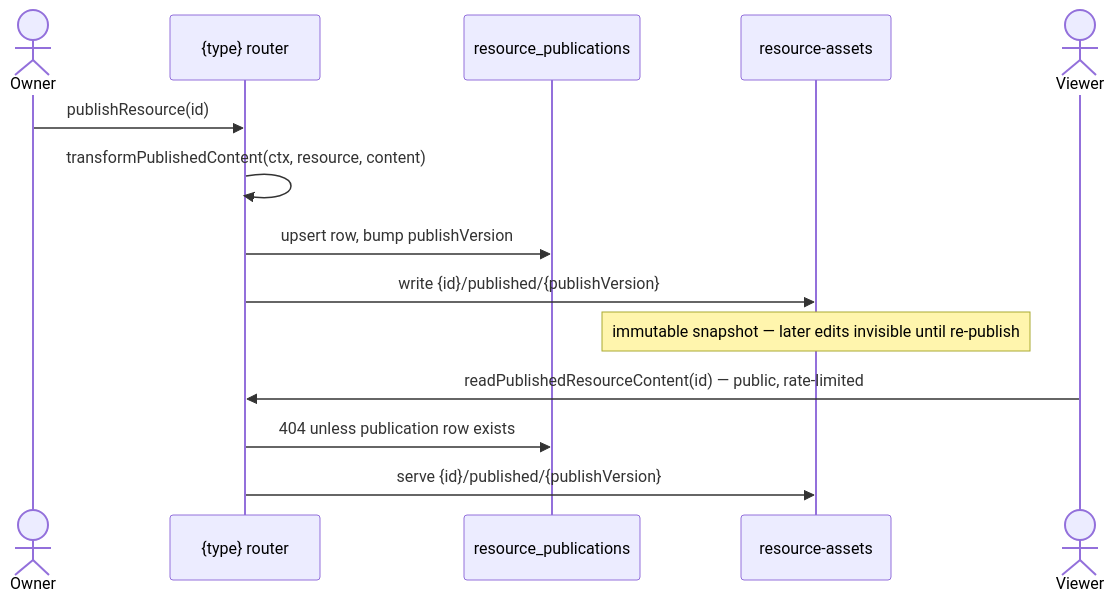
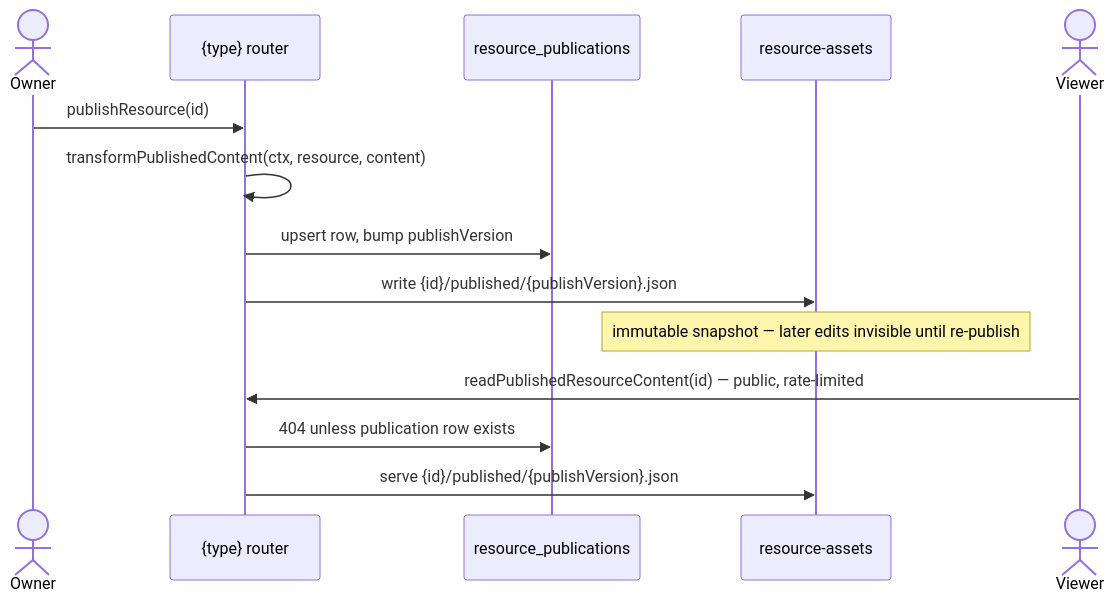
One commit to Esposter/Esposter changed the diagram in packages/app/content/docs/architecture/publishing.md. Above: the diagram before and after it, drawn with Mermaid. The commit also changed other lines of this file and 6 other files, not shown here.

First line of the commit message:
docs(architecture): correct claims that no longer match the code

````diff
--- a/packages/app/content/docs/architecture/publishing.md
+++ b/packages/app/content/docs/architecture/publishing.md
@@ -20,18 +20,18 @@
 ```mermaid
 sequenceDiagram
   actor Owner
   participant R as {type} router
   participant PG as resource_publications
   participant BLOB as resource-assets
 
   Owner->>R: publishResource(id)
   R->>R: transformPublishedContent(ctx, resource, content)
   R->>PG: upsert row, bump publishVersion
-  R->>BLOB: write {id}/published/{publishVersion}
+  R->>BLOB: write {id}/published/{publishVersion}.json
   Note over BLOB: immutable snapshot — later edits invisible until re-publish
 
   actor Viewer
   Viewer->>R: readPublishedResourceContent(id) — public, rate-limited
   R->>PG: 404 unless publication row exists
-  R->>BLOB: serve {id}/published/{publishVersion}
+  R->>BLOB: serve {id}/published/{publishVersion}.json
 ```
````
